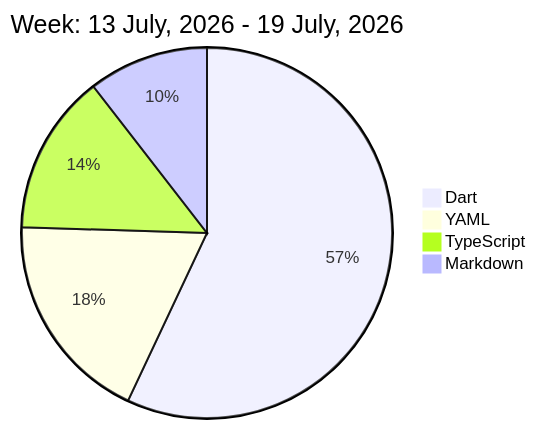
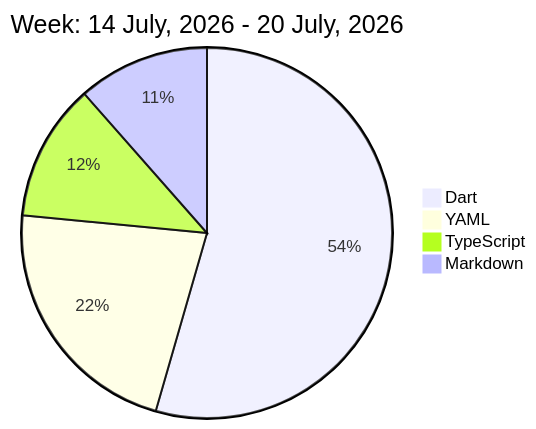
One commit to liubin95/liubin95 changed the diagram in README.md. Above: the diagram before and after it, drawn with Mermaid.

Commit message:
Updated the Graph with new Metrics

````diff
--- a/README.md
+++ b/README.md
@@ -32,8 +32,8 @@
 ```mermaid
  pie
-title Week: 13 July, 2026 - 19 July, 2026
- "Dart" : 12.33
- "YAML" : 4.0
- "TypeScript" : 3.03
- "Markdown" : 2.27
+title Week: 14 July, 2026 - 20 July, 2026
+ "Dart" : 11.23
+ "YAML" : 4.55
+ "TypeScript" : 2.47
+ "Markdown" : 2.37
 ```
````
